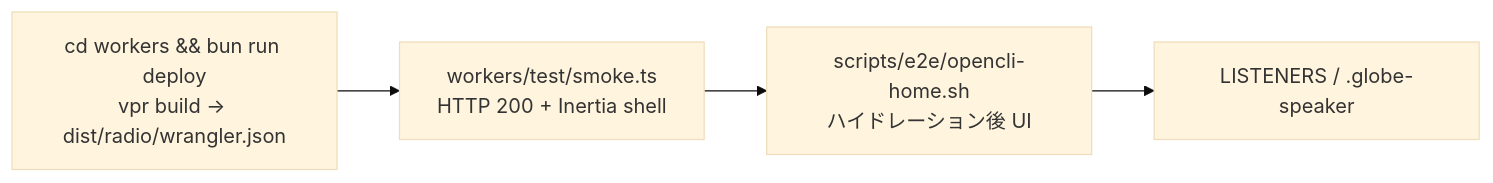
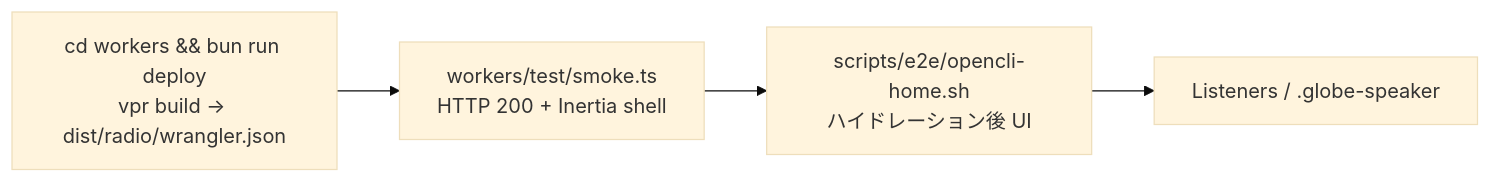
The second of 2 diagrams in docs/test.md (budybye/radio), drawn with Mermaid (base theme) before and after one commit. The commit also changed other lines of this file and 10 other files, not shown here.

````diff
--- a/docs/test.md
+++ b/docs/test.md
@@ -40,9 +42,9 @@
 ```mermaid
 flowchart LR
   Deploy["cd workers && bun run deploy<br/>vpr build → dist/radio/wrangler.json"]
   Http["workers/test/smoke.ts<br/>HTTP 200 + Inertia shell"]
   Opencli["scripts/e2e/opencli-home.sh<br/>ハイドレーション後 UI"]
-  Checks["LISTENERS / .globe-speaker"]
+  Checks["Listeners / .globe-speaker"]
 
   Deploy --> Http --> Opencli --> Checks
 ```
````
